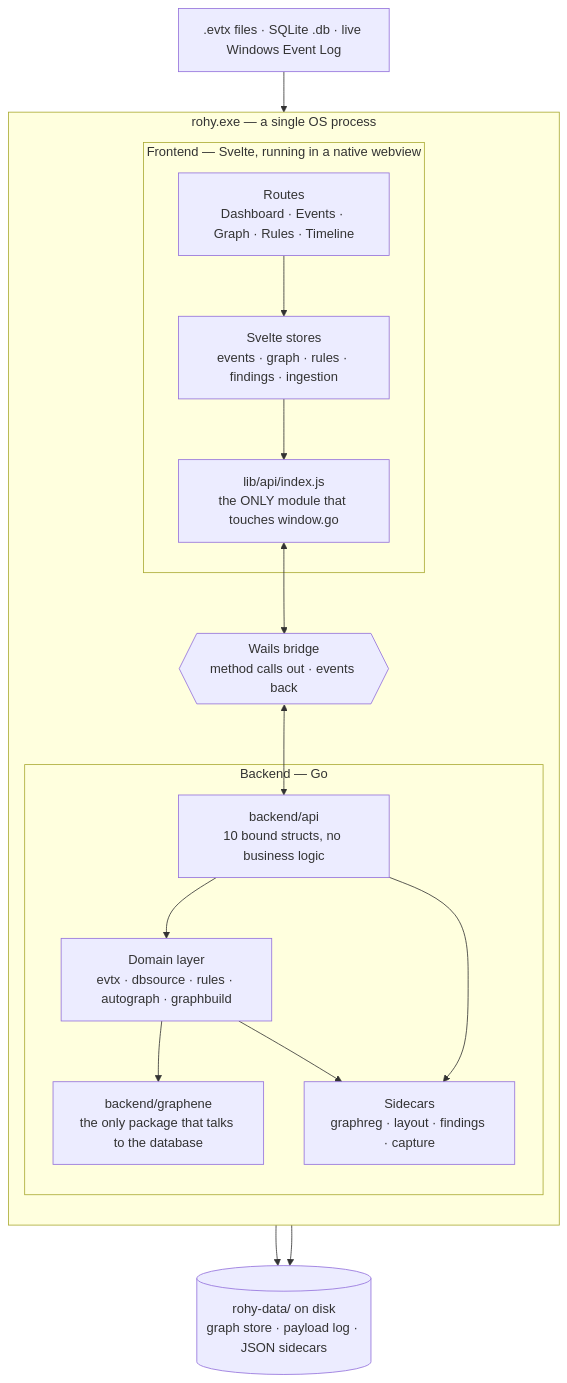
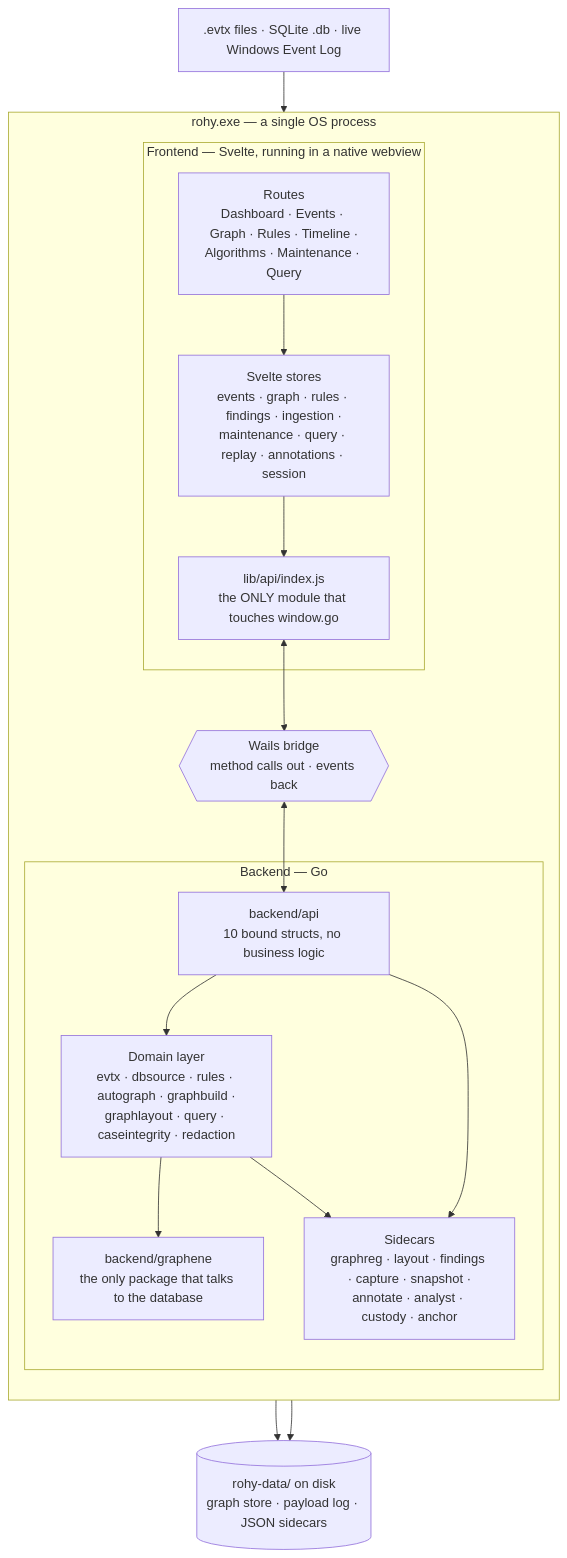
The first of 22 diagrams in LLD.md (aoiflux/rohy), drawn with Mermaid before and after one commit. The commit also changed other lines of this file and 9 other files, not shown here.

````diff
--- a/LLD.md
+++ b/LLD.md
@@ -71,32 +71,32 @@
 ```mermaid
 flowchart TB
     subgraph proc["rohy.exe — a single OS process"]
         direction TB
         subgraph fe["Frontend — Svelte, running in a native webview"]
-            routes["Routes<br/>Dashboard · Events · Graph · Rules · Timeline"]
-            stores["Svelte stores<br/>events · graph · rules · findings · ingestion"]
+            routes["Routes<br/>Dashboard · Events · Graph · Rules · Timeline ·<br/>Algorithms · Maintenance · Query"]
+            stores["Svelte stores<br/>events · graph · rules · findings · ingestion ·<br/>maintenance · query · replay · annotations · session"]
             apiw["lib/api/index.js<br/>the ONLY module that touches window.go"]
             routes --> stores --> apiw
         end
 
         bridge{{"Wails bridge<br/>method calls out · events back"}}
 
         subgraph be["Backend — Go"]
             bind["backend/api<br/>10 bound structs, no business logic"]
-            work["Domain layer<br/>evtx · dbsource · rules · autograph · graphbuild"]
+            work["Domain layer<br/>evtx · dbsource · rules · autograph · graphbuild ·<br/>graphlayout · query · caseintegrity · redaction"]
             persist["backend/graphene<br/>the only package that talks to the database"]
-            side["Sidecars<br/>graphreg · layout · findings · capture"]
+            side["Sidecars<br/>graphreg · layout · findings · capture · snapshot ·<br/>annotate · analyst · custody · anchor"]
             bind --> work --> persist
             bind --> side
             work --> side
         end
 
         apiw <--> bridge <--> bind
     end
 
     disk[("rohy-data/ on disk<br/>graph store · payload log · JSON sidecars")]
     persist --> disk
     side --> disk
 
     src[".evtx files · SQLite .db · live Windows Event Log"] --> work
 ```
````
